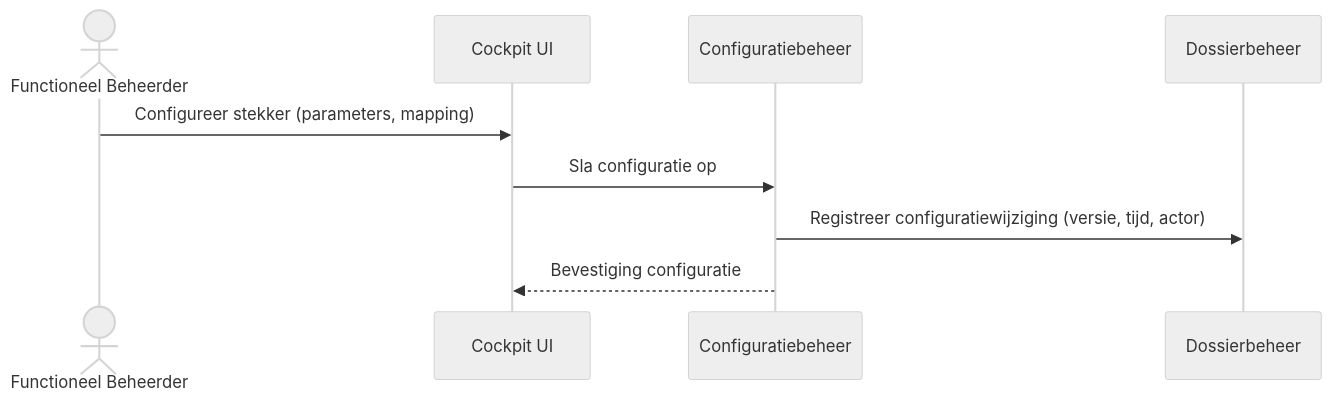
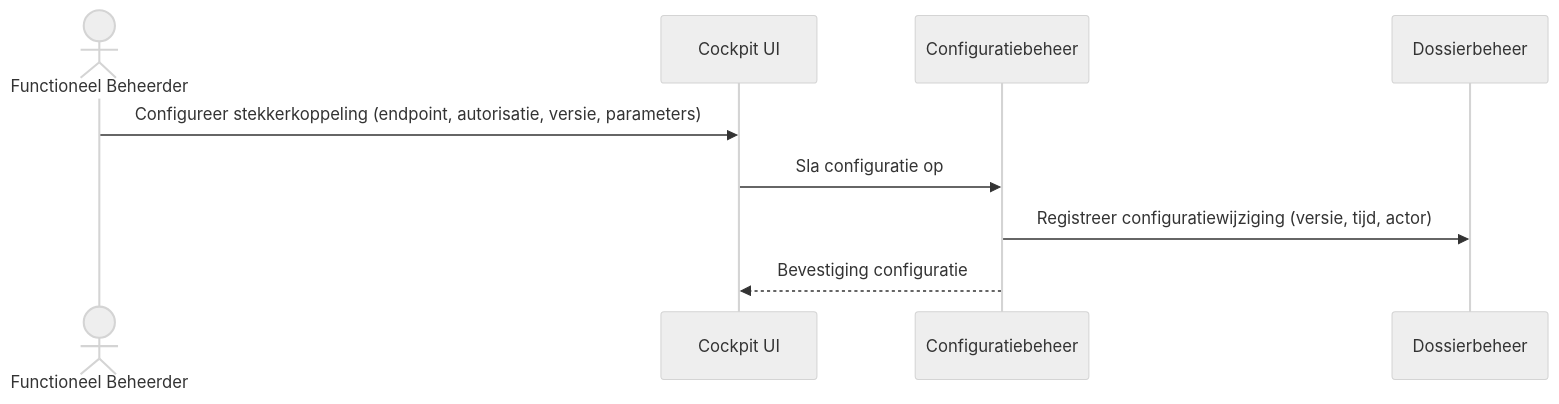
One commit to GemeenteArnhem/Vernietigingscockpit changed the ninth of 11 diagrams in architectuur/sequence-diagrammen.md. Above: the diagram before and after it, drawn with Mermaid (neutral theme). The commit also changed other lines of this file and 4 other files, not shown here.

````diff
--- a/architectuur/sequence-diagrammen.md
+++ b/architectuur/sequence-diagrammen.md
@@ -255,12 +285,12 @@
 ```mermaid
 sequenceDiagram
     actor FB as Functioneel Beheerder
     participant UI as Cockpit UI
     participant C as Configuratiebeheer
     participant D as Dossierbeheer
 
-    FB ->> UI: Configureer stekker (parameters, mapping)
+    FB ->> UI: Configureer stekkerkoppeling (endpoint, autorisatie, versie, parameters)
     UI ->> C: Sla configuratie op
     C ->> D: Registreer configuratiewijziging (versie, tijd, actor)
     C -->> UI: Bevestiging configuratie
 ```
````
